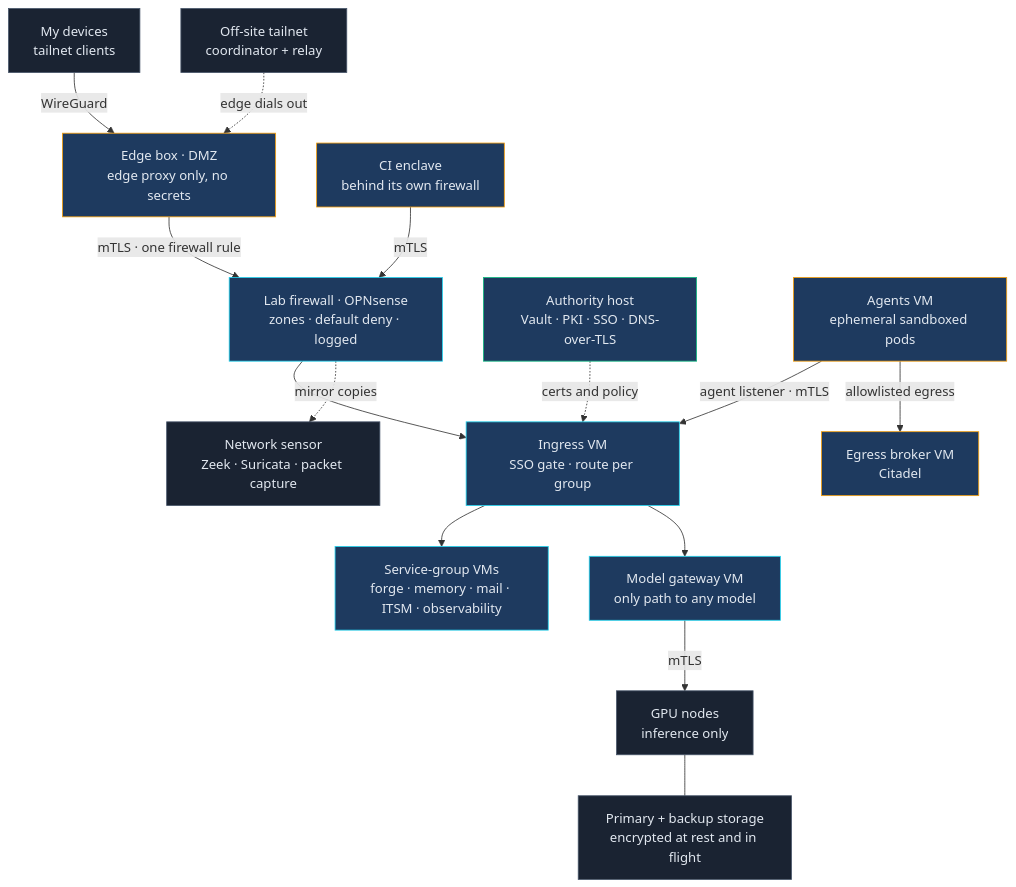
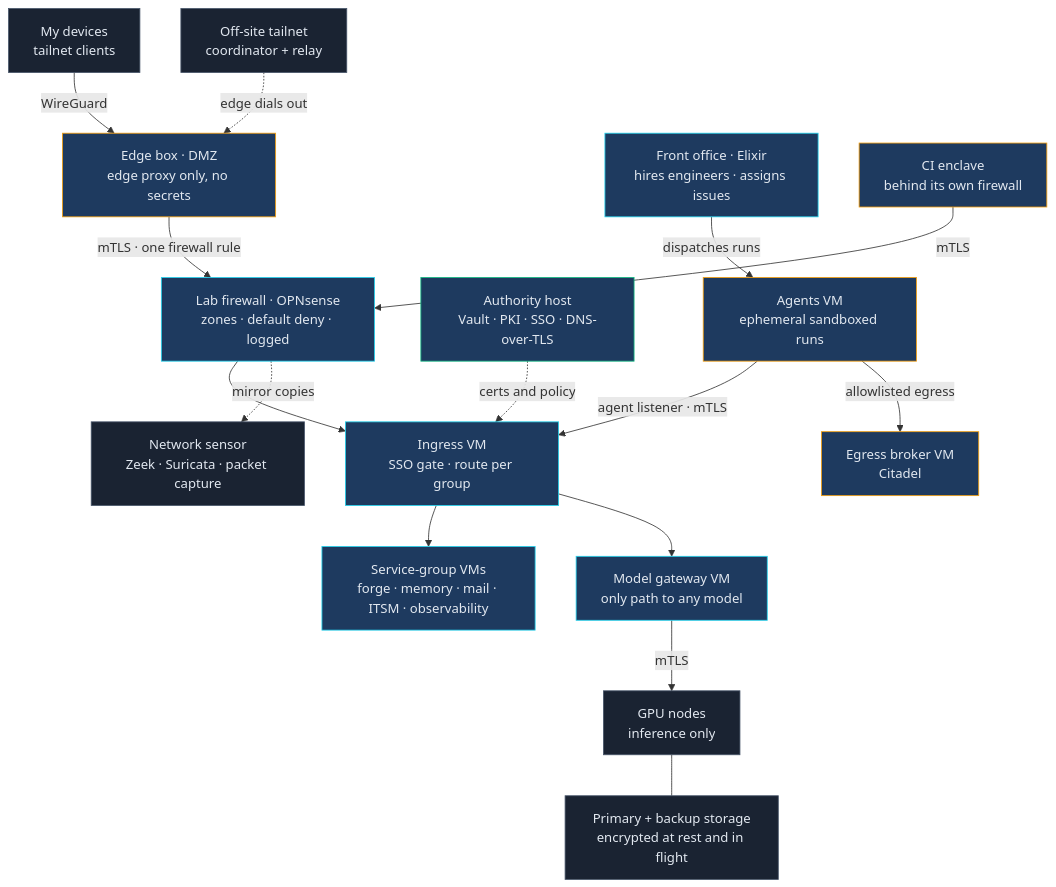
The diagram in src/projects/devlocal.md (beardedeagle/beardedeagle.github.io), drawn with Mermaid before and after one commit. The commit also changed other lines of this file and 3 other files, not shown here.

```diff
--- a/src/projects/devlocal.md
+++ b/src/projects/devlocal.md
@@ -40,30 +43,32 @@
 {% mermaid %}
 flowchart TB
     DEV["My devices<br/>tailnet clients"] -->|"WireGuard"| EDGE["Edge box · DMZ<br/>edge proxy only, no secrets"]
     CTRL["Off-site tailnet<br/>coordinator + relay"] -.->|"edge dials out"| EDGE
     EDGE -->|"mTLS · one firewall rule"| FW["Lab firewall · OPNsense<br/>zones · default deny · logged"]
     FW --> ING["Ingress VM<br/>SSO gate · route per group"]
     ING --> SVC["Service-group VMs<br/>forge · memory · mail · ITSM · observability"]
     ING --> GW["Model gateway VM<br/>only path to any model"]
     AUTH["Authority host<br/>Vault · PKI · SSO · DNS-over-TLS"] -.->|"certs and policy"| ING
-    AG["Agents VM<br/>ephemeral sandboxed pods"] -->|"agent listener · mTLS"| ING
+    FO["Front office · Elixir<br/>hires engineers · assigns issues"] -->|"dispatches runs"| AG["Agents VM<br/>ephemeral sandboxed runs"]
+    AG -->|"agent listener · mTLS"| ING
     AG -->|"allowlisted egress"| BRK["Egress broker VM<br/>Citadel"]
     GW -->|"mTLS"| GPU["GPU nodes<br/>inference only"]
     GPU --- STO["Primary + backup storage<br/>encrypted at rest and in flight"]
     CI["CI enclave<br/>behind its own firewall"] -->|"mTLS"| FW
     FW -.->|"mirror copies"| SO["Network sensor<br/>Zeek · Suricata · packet capture"]
     style DEV fill:#1a2332,stroke:#475569,color:#e2e8f0
     style CTRL fill:#1a2332,stroke:#475569,color:#e2e8f0
     style EDGE fill:#1e3a5f,stroke:#f59e0b,color:#e2e8f0
     style FW fill:#1e3a5f,stroke:#22d3ee,color:#e2e8f0
     style ING fill:#1e3a5f,stroke:#22d3ee,color:#e2e8f0
     style SVC fill:#1e3a5f,stroke:#22d3ee,color:#e2e8f0
     style GW fill:#1e3a5f,stroke:#22d3ee,color:#e2e8f0
     style AUTH fill:#1e3a5f,stroke:#10b981,color:#e2e8f0
+    style FO fill:#1e3a5f,stroke:#22d3ee,color:#e2e8f0
     style AG fill:#1e3a5f,stroke:#f59e0b,color:#e2e8f0
     style BRK fill:#1e3a5f,stroke:#f59e0b,color:#e2e8f0
     style GPU fill:#1a2332,stroke:#475569,color:#e2e8f0
     style STO fill:#1a2332,stroke:#475569,color:#e2e8f0
     style CI fill:#1e3a5f,stroke:#f59e0b,color:#e2e8f0
     style SO fill:#1a2332,stroke:#475569,color:#e2e8f0
 {% endmermaid %}
```
